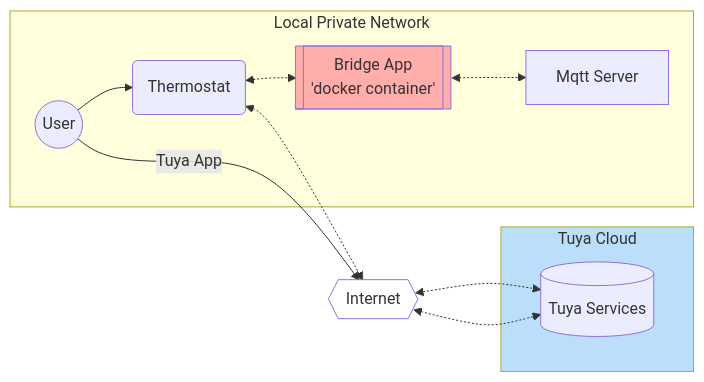
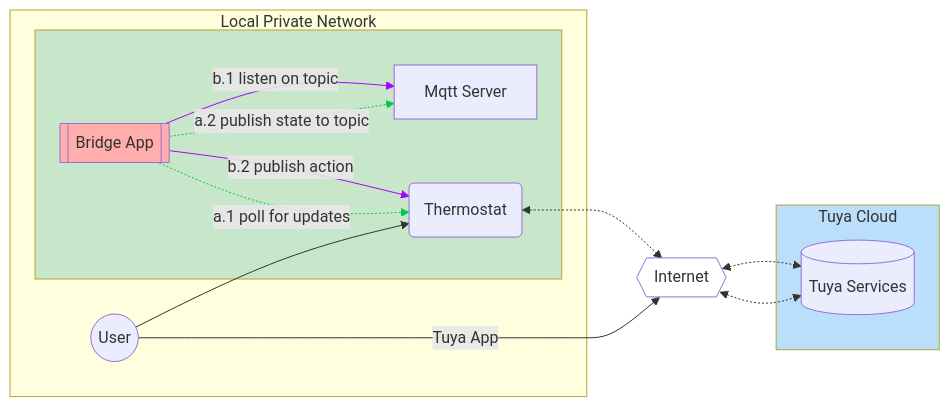
One commit to marius-cornescu/python.moes_thermostat_bridge changed the diagram in README.md. Above: the diagram before and after it, drawn with Mermaid.

Commit message:
Revise flowchart for system architecture
Updated the flowchart in the README to reflect changes in the architecture.

````diff
--- a/README.md
+++ b/README.md
@@ -9,23 +9,33 @@
 ```mermaid
 flowchart LR
+ subgraph LN2[" "]
+        S["Mqtt Server"]
+        TH("Thermostat")
+        BR[["Bridge App"]]
+  end
  subgraph LN["Local Private Network"]
         U(("User"))
-        TH("Thermostat")
-        BR[["Bridge App<br>'docker container'"]]
-        S["Mqtt Server"]
+        LN2
   end
  subgraph PC["Tuya Cloud"]
         TUYA_CLOUD[("Tuya Services")]
   end
-
-    TH <-.-> BR <-.-> S
+    U -- Tuya App --> I{{"Internet"}}
     U --> TH
-    TH <-.-> I{{"Internet"}}
+    BR -. "a.1 poll for updates" .-> TH
+    BR -. "a.2 publish state to topic" .-> S
+    BR -- "b.1 listen on topic" --> S
+    BR -- "b.2 publish action" --> TH
+    TH <-.-> I
     I <-.-> TUYA_CLOUD & TUYA_CLOUD
-    U -- Tuya App --> I
 
     style BR fill:#FFAEAB
+    style LN2 fill:#C8E6C9
     style I fill:#FFFFFF
     style PC fill:#BBDEFB
+    linkStyle 2 stroke:#00C853
+    linkStyle 3 stroke:#00C853,fill:none
+    linkStyle 4 stroke:#AA00FF,fill:none
+    linkStyle 5 stroke:#AA00FF,fill:none
 
 ```
````
